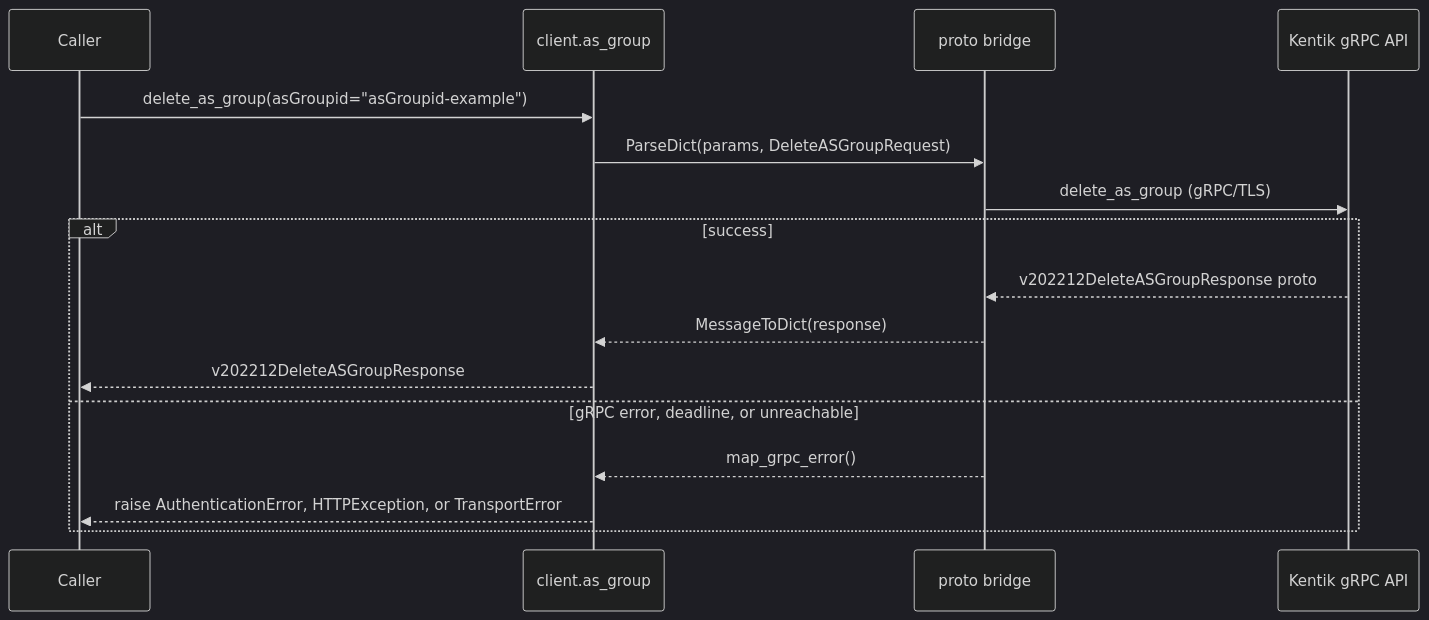
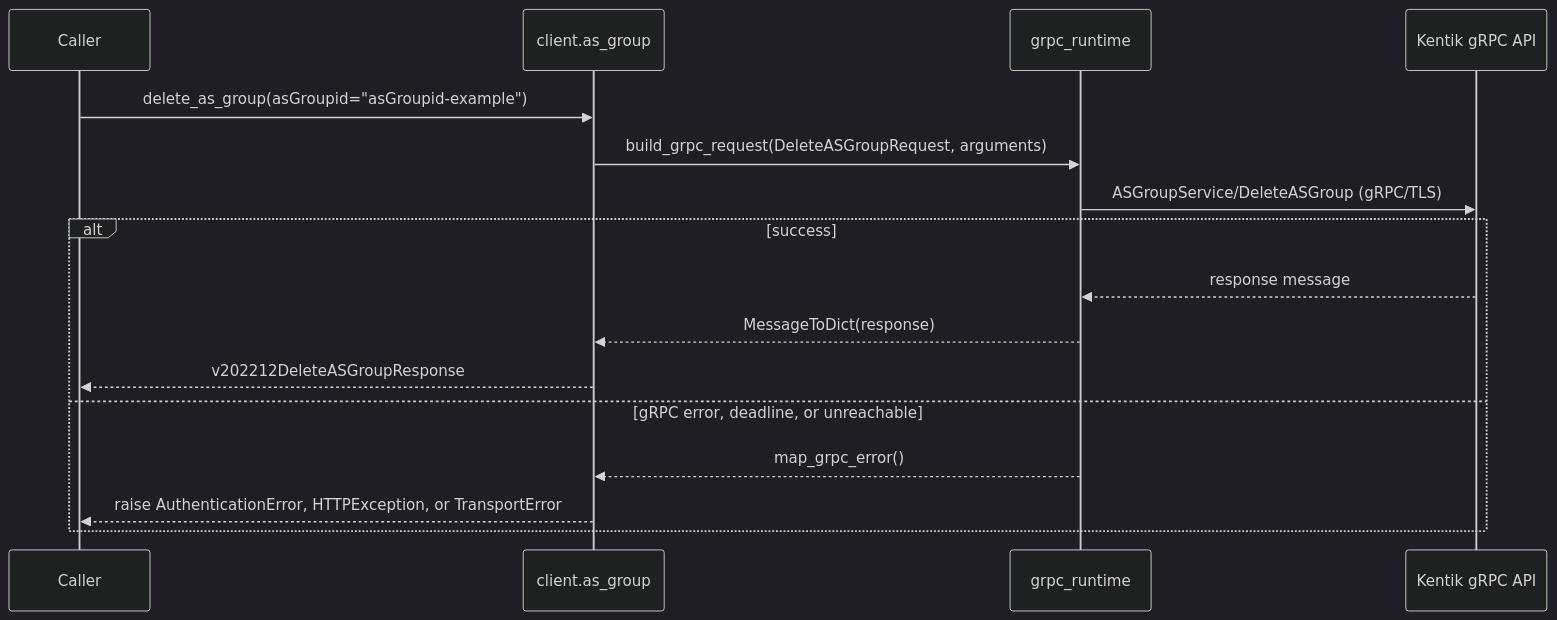
One commit to alexdearaujo/community_sdk_python changed diagram 11 of 12 in docs/sphinx/services/as_group.md. Above: the diagram before and after it, drawn with Mermaid (dark theme). The commit also changed other lines of this file and 37 other files, not shown here.

First line of the commit message:
docs: show the real RPC in each service page's gRPC diagram

````diff
--- a/docs/sphinx/services/as_group.md
+++ b/docs/sphinx/services/as_group.md
@@ -357,19 +357,19 @@
 ```mermaid
 sequenceDiagram
     participant C as Caller
     participant W as client.as_group
-    participant B as proto bridge
+    participant R as grpc_runtime
     participant API as Kentik gRPC API
 
     C->>W: delete_as_group(asGroupid="asGroupid-example")
-    W->>B: ParseDict(params, DeleteASGroupRequest)
-    B->>API: delete_as_group (gRPC/TLS)
+    W->>R: build_grpc_request(DeleteASGroupRequest, arguments)
+    R->>API: ASGroupService/DeleteASGroup (gRPC/TLS)
     alt success
-        API-->>B: v202212DeleteASGroupResponse proto
-        B-->>W: MessageToDict(response)
+        API-->>R: response message
+        R-->>W: MessageToDict(response)
         W-->>C: v202212DeleteASGroupResponse
     else gRPC error, deadline, or unreachable
-        B-->>W: map_grpc_error()
+        R-->>W: map_grpc_error()
         W-->>C: raise AuthenticationError, HTTPException, or TransportError
     end
 ```
````
